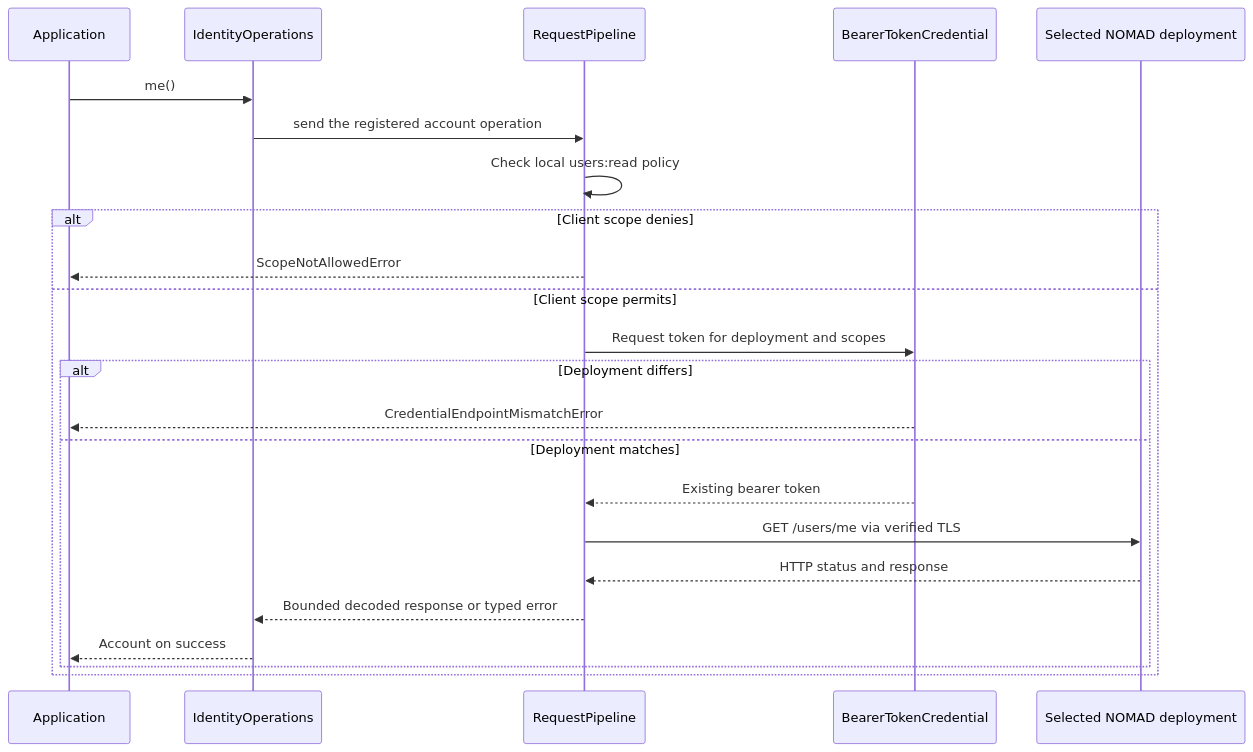
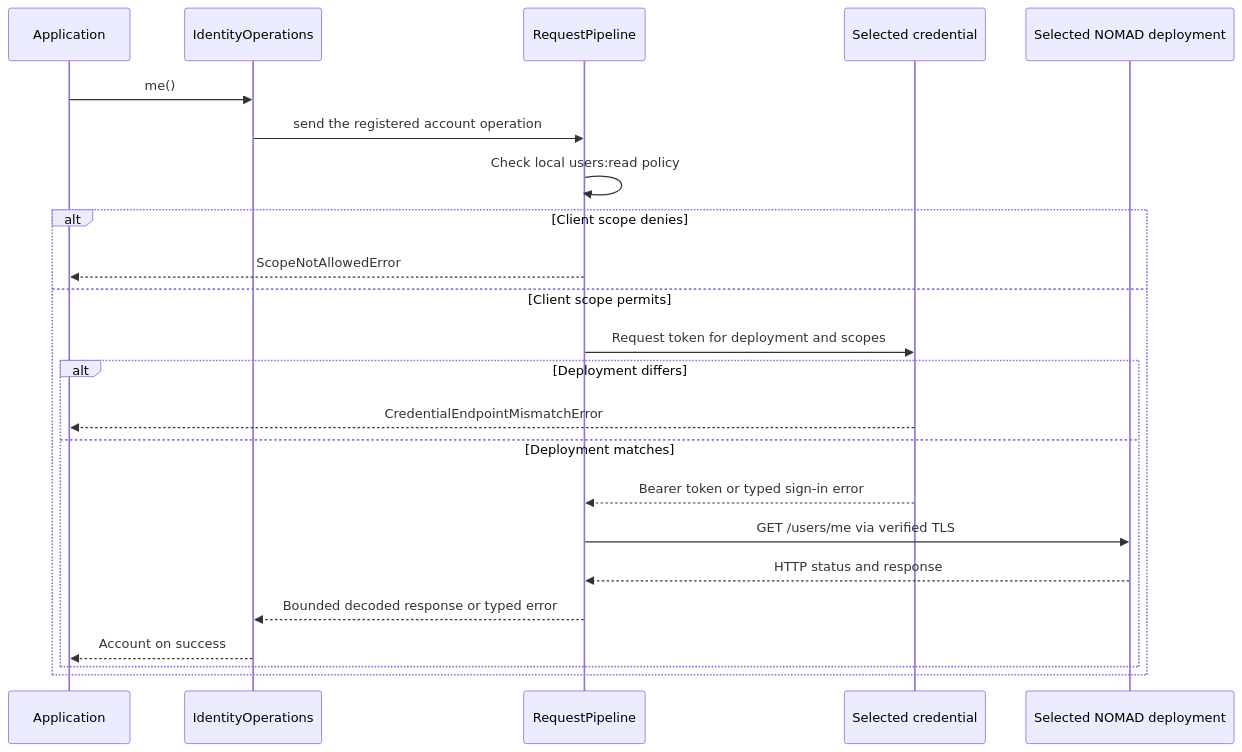
The second of 7 diagrams in docs/dev/identity/index.md (FAIRmat-NFDI/nomad-python-api), drawn with Mermaid before and after one commit. The commit also changed other lines of this file and 17 other files, not shown here.

````diff
--- a/docs/dev/identity/index.md
+++ b/docs/dev/identity/index.md
@@ -52,26 +59,26 @@
 ```mermaid
 sequenceDiagram
     participant App as Application
     participant Identity as IdentityOperations
     participant Pipeline as RequestPipeline
-    participant Credential as BearerTokenCredential
+    participant Credential as Selected credential
     participant NOMAD as Selected NOMAD deployment
 
     App->>Identity: me()
     Identity->>Pipeline: send the registered account operation
     Pipeline->>Pipeline: Check local users:read policy
     alt Client scope denies
         Pipeline-->>App: ScopeNotAllowedError
     else Client scope permits
         Pipeline->>Credential: Request token for deployment and scopes
         alt Deployment differs
             Credential-->>App: CredentialEndpointMismatchError
         else Deployment matches
-            Credential-->>Pipeline: Existing bearer token
+            Credential-->>Pipeline: Bearer token or typed sign-in error
             Pipeline->>NOMAD: GET /users/me via verified TLS
             NOMAD-->>Pipeline: HTTP status and response
             Pipeline-->>Identity: Bounded decoded response or typed error
             Identity-->>App: Account on success
         end
     end
 ```
````
